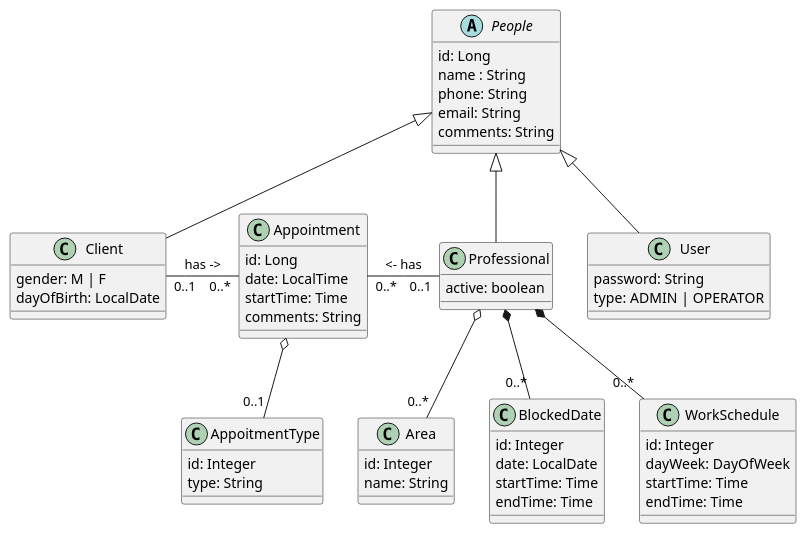
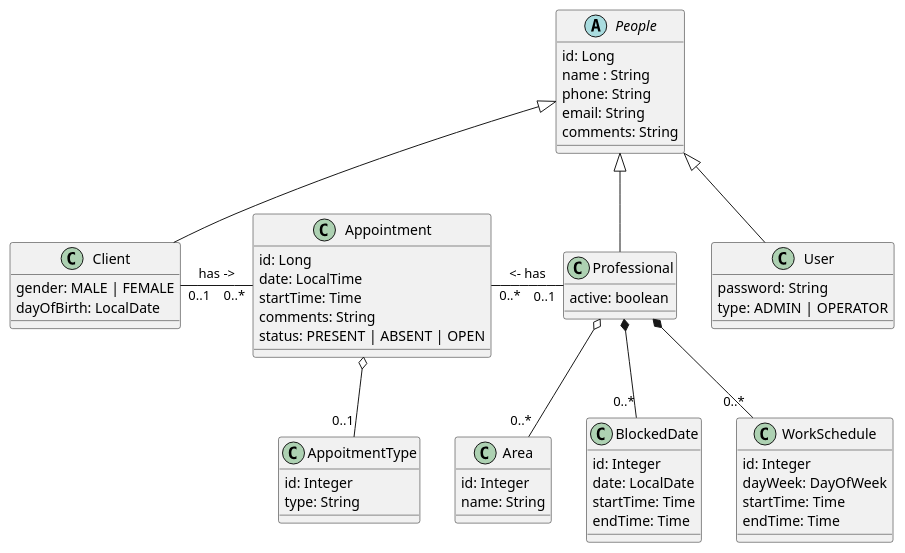
One commit to glaucotodesco/bootcamp-agenda changed the diagram in docs/classes.puml. Above: the diagram before and after it, drawn with PlantUML. The commit also changed 6 other files, not shown here.

```diff
--- a/docs/classes.puml
+++ b/docs/classes.puml
@@ -1,72 +1,73 @@
 @startuml "Modelo conceitual"
 
 abstract class People {
     id: Long
     name : String
     phone: String
     email: String
     comments: String
 }
 
 class Professional {
     active: boolean    
 }
 
 class Client {
-    gender: M | F
+    gender: MALE | FEMALE
     dayOfBirth: LocalDate
 }
 
 
 'private or health insurance
 class AppoitmentType {
     id: Integer
     type: String
 }
 
 class WorkSchedule {
     id: Integer
     dayWeek: DayOfWeek
     startTime: Time
     endTime: Time
 }
 
 class Area {
     id: Integer
     name: String
 }
 
 class Appointment {
     id: Long
     date: LocalTime
     startTime: Time
     comments: String
+    status: PRESENT | ABSENT | OPEN
 }
 
 class BlockedDate {
     id: Integer
     date: LocalDate
     startTime: Time
     endTime: Time
 }
 
 class User {
     password: String
     type: ADMIN | OPERATOR
 
 }
 
 People              <|--            Client
 People              <|--            Professional
 People              <|--            User
 Professional        o--     "0..*"  Area
 Professional        *--     "0..*"  WorkSchedule
 Professional        *--     "0..*"  BlockedDate
 Appointment         o--     "0..1"  AppoitmentType
 Appointment "0..*"  -l-     "0..1"  Client            : has ->
 Appointment "0..*"  -r-     "0..1"  Professional      : <- has  
 
 
 
 
 @enduml
```
